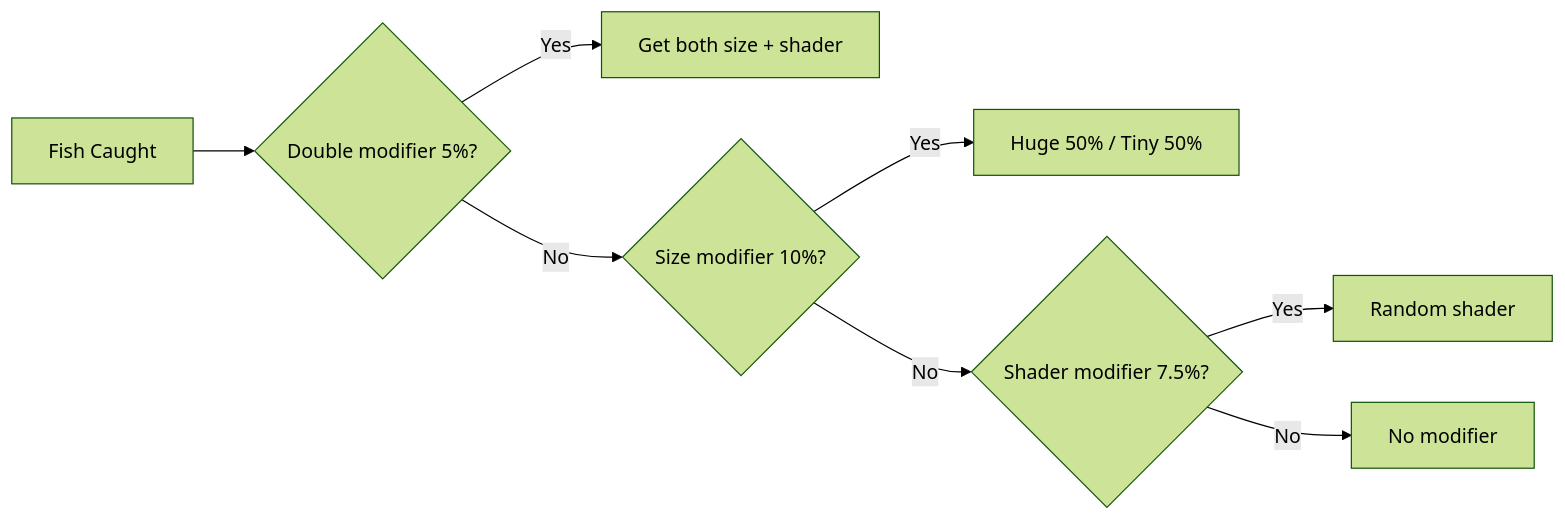
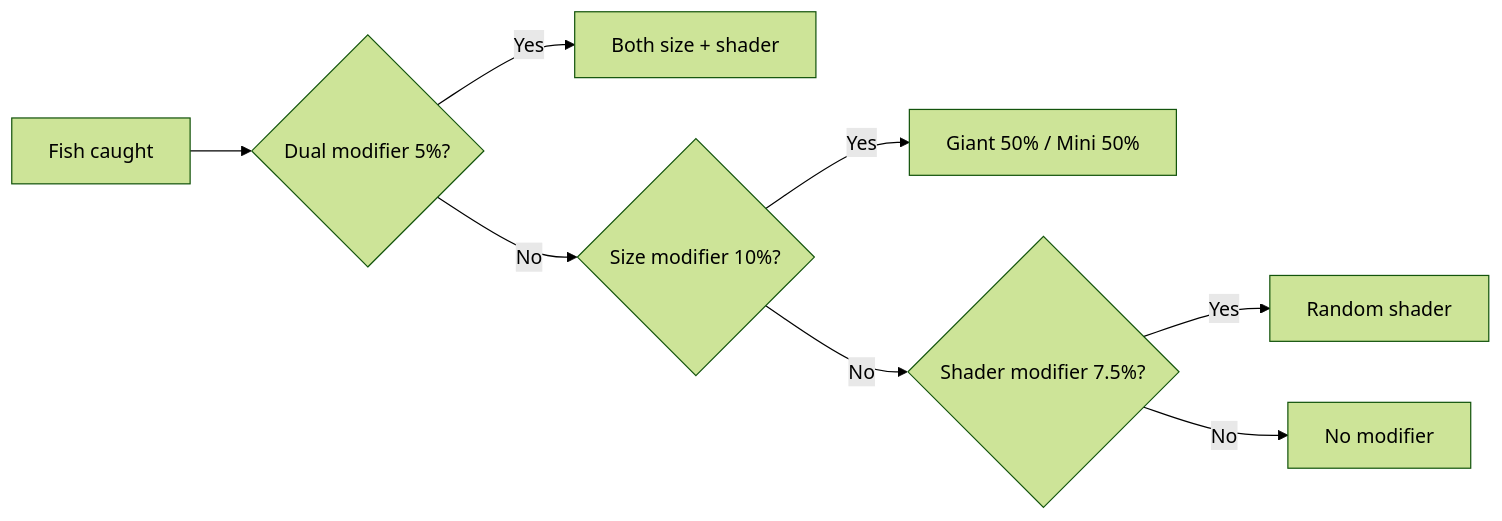
Before and after one commit to SeaLoong/Fish-Udon-Raw-Ilcode: the eighth of 18 diagrams in docs/gamedata-en.md, drawn with Mermaid (forest theme). The commit also changed other lines of this file and 1 other file, not shown here.

````diff
--- a/docs/gamedata-en.md
+++ b/docs/gamedata-en.md
@@ -169,10 +223,10 @@
 ```mermaid
 flowchart LR
-    A[Fish Caught] --> B{Double modifier 5%?}
-    B -->|Yes| C[Get both size + shader]
+    A[Fish caught] --> B{Dual modifier 5%?}
+    B -->|Yes| C[Both size + shader]
     B -->|No| D{Size modifier 10%?}
-    D -->|Yes| E[Huge 50% / Tiny 50%]
+    D -->|Yes| E[Giant 50% / Mini 50%]
     D -->|No| F{Shader modifier 7.5%?}
     F -->|Yes| G[Random shader]
     F -->|No| H[No modifier]
 ```
````
